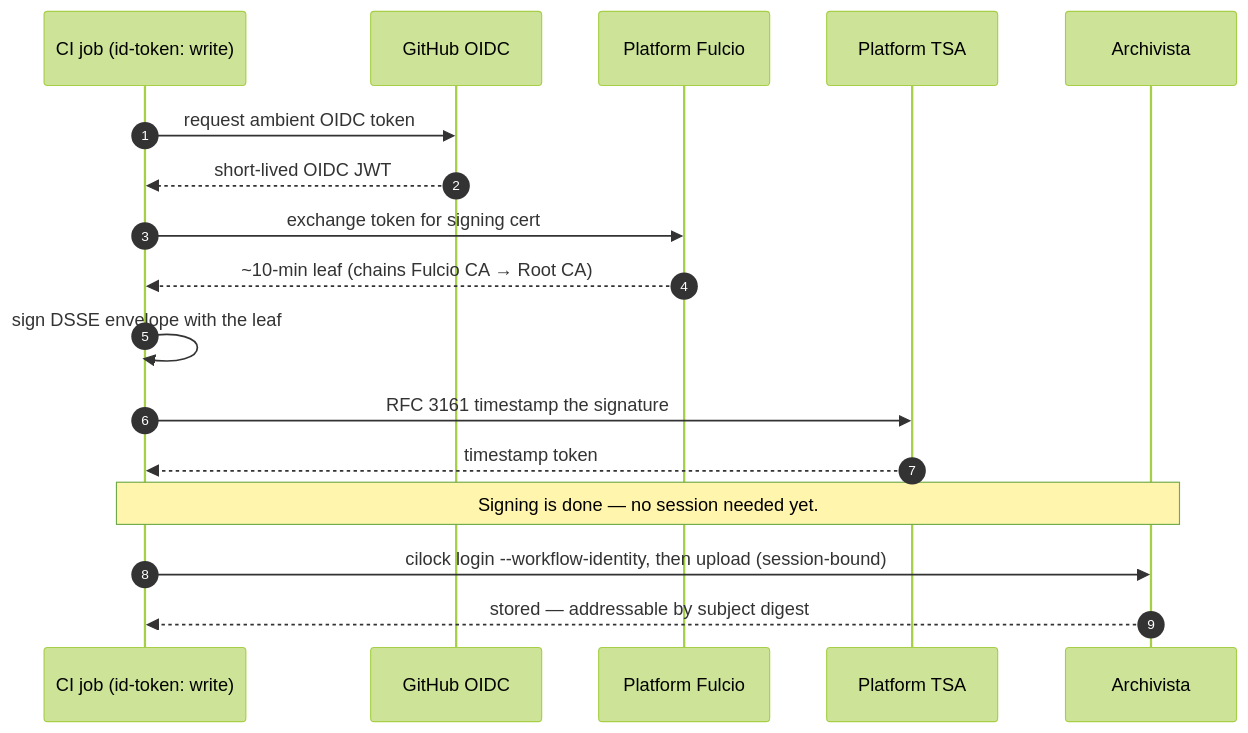
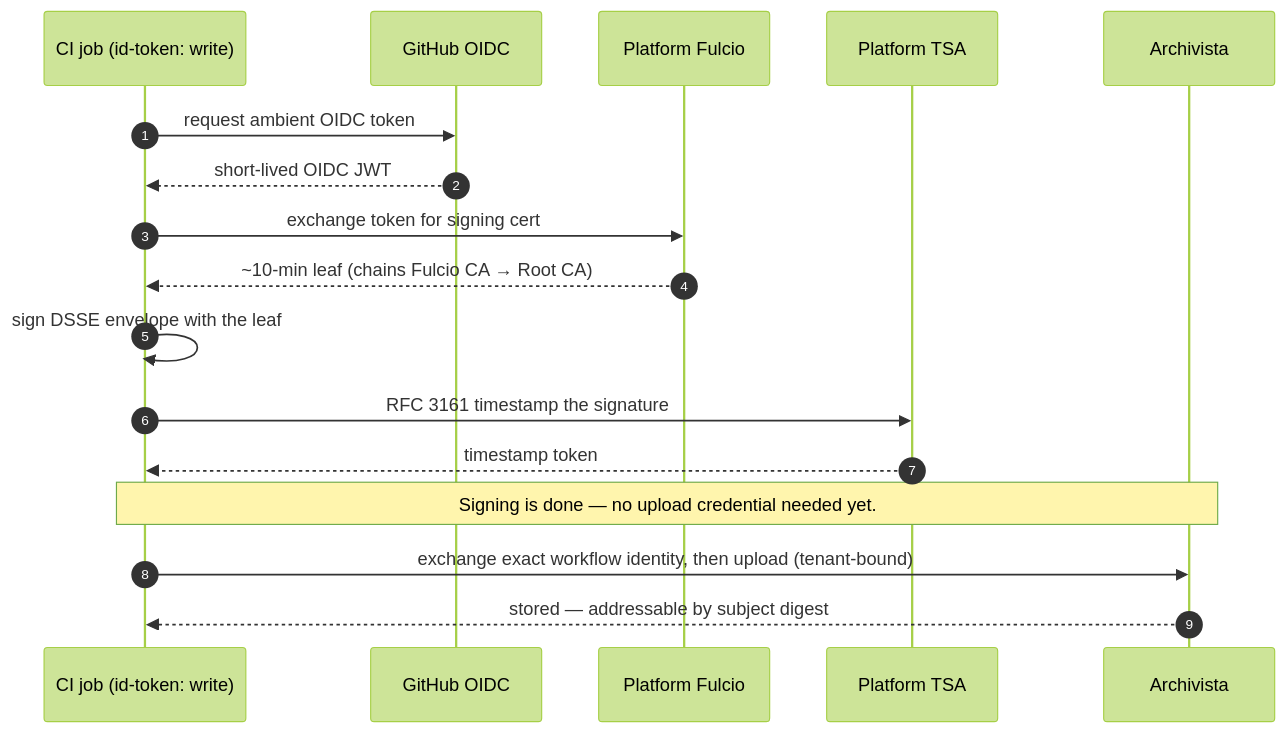
One commit to aflock-ai/rookery changed the second of 3 diagrams in site/docs/reference/platform-pki.md. Above: the diagram before and after it, drawn with Mermaid (forest theme). The commit also changed other lines of this file and 2 other files, not shown here.

````diff
--- a/site/docs/reference/platform-pki.md
+++ b/site/docs/reference/platform-pki.md
@@ -99,20 +106,20 @@
 ```mermaid
 sequenceDiagram
     autonumber
     participant CI as CI job (id-token: write)
     participant GH as GitHub OIDC
     participant FUL as Platform Fulcio
     participant TSA as Platform TSA
     participant ARCH as Archivista
 
     CI->>GH: request ambient OIDC token
     GH-->>CI: short-lived OIDC JWT
     CI->>FUL: exchange token for signing cert
     FUL-->>CI: ~10-min leaf (chains Fulcio CA → Root CA)
     CI->>CI: sign DSSE envelope with the leaf
     CI->>TSA: RFC 3161 timestamp the signature
     TSA-->>CI: timestamp token
-    Note over CI,ARCH: Signing is done — no session needed yet.
-    CI->>ARCH: cilock login --workflow-identity, then upload (session-bound)
+    Note over CI,ARCH: Signing is done — no upload credential needed yet.
+    CI->>ARCH: exchange exact workflow identity, then upload (tenant-bound)
     ARCH-->>CI: stored — addressable by subject digest
 ```
````
